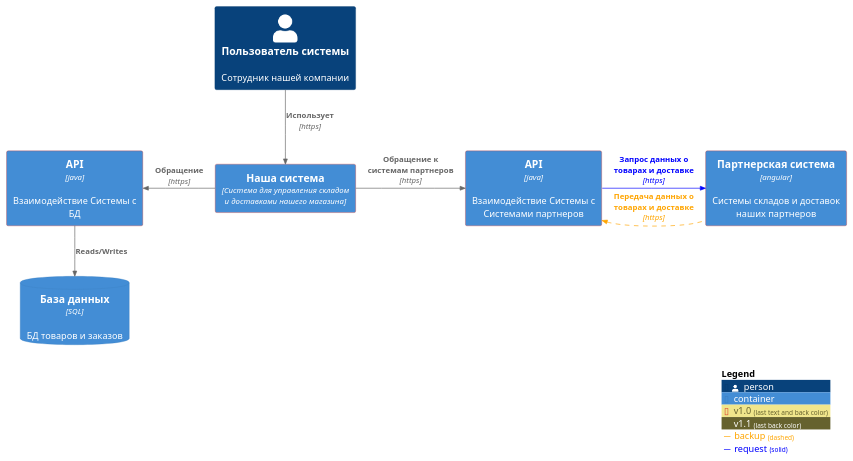
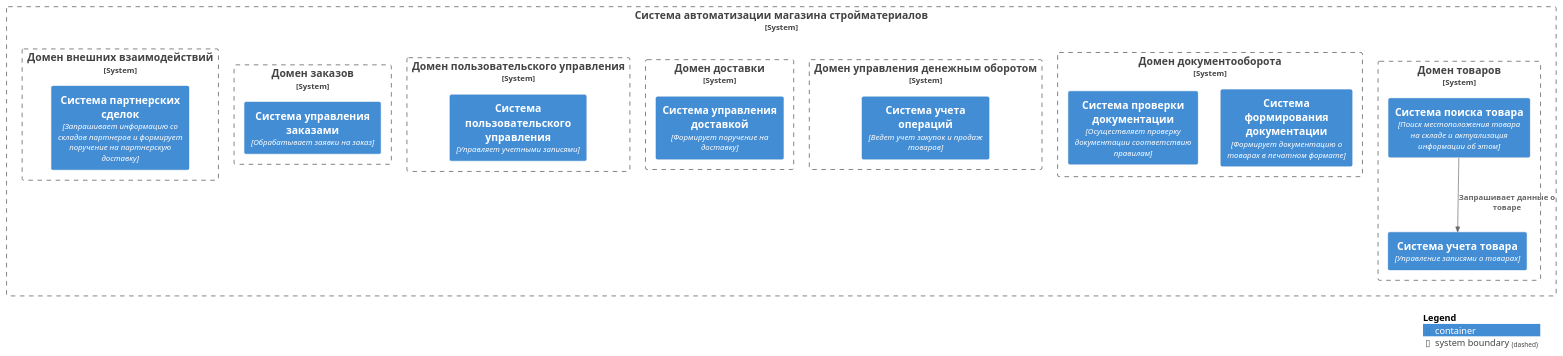
One commit to DitSoGD/Golturenko_analytics_practice changed the diagram in context.puml. Above: the diagram before and after it, drawn with PlantUML.

Commit message:
Изменена контекстная диаграмма

```diff
--- a/context.puml
+++ b/context.puml
@@ -1,27 +1,50 @@
 @startuml
 !include https://raw.githubusercontent.com/plantuml-stdlib/C4-PlantUML/master/C4_Container.puml
 
 AddElementTag("v1.0", $borderColor="#d73027")
 AddElementTag("v1.1", $fontColor="#ffffff")
 AddElementTag("backup", $fontColor="orange")
 
 AddRelTag("backup", $textColor="orange", $lineColor="orange", $lineStyle = DashedLine())
 AddRelTag("request", $textColor="blue", $lineColor="blue", $lineStyle = SolidLine())
 
 
-Person(user, "Пользователь системы", "Сотрудник нашей компании")
-Container(OurSystem, "Наша система", "Система для управления складом и доставками нашего магазина", $tags="v1.0")
-Container(apiOt, "API", "java", "Взаимодействие Системы с Системами партнеров", $tags="v1.0+v1.1")
-Container(PartnerSystem, "Партнерская система", "angular", "Системы складов и доставок наших партнеров", $tags="v1.0")
-Container(api, "API", "java", "Взаимодействие Системы с БД", $tags="v1.0+v1.1")
-ContainerDb(db, "База данных", "SQL", "БД товаров и заказов")
+System_Boundary("OuterSystem", "Система автоматизации магазина стройматериалов") {
 
-Rel(user, OurSystem, "Использует", "https")
-Rel_L(OurSystem, api, "Обращение", "https")
-Rel(api, db, "Reads/Writes")
-Rel_R(OurSystem, apiOt, "Обращение к системам партнеров", "https")
-Rel_R(apiOt, PartnerSystem, "Запрос данных о товарах и доставке", "https", $tags="request")
-Rel_L(PartnerSystem, apiOt, "Передача данных о товарах и доставке", "https", $tags="backup")
+
+    System_Boundary("Products", "Домен товаров") {
+        Container(catalog, "Система учета товара", "Управление записями о товарах")
+        Container(productSearch, "Система поиска товара", "Поиск местоположения товара на складе и актуализация информации об этом")
+        Rel(productSearch, catalog, "Запрашивает данные о товаре")
+    }
+
+    System_Boundary("Documents", "Домен документооборота") {
+        Container(docgenerating, "Система формирования документации", "Формирует документацию о товарах в печатном формате")
+        Container(docvalidation, "Система проверки документации", "Осуществляет проверку документации соответствию правилам")
+    }
+
+    System_Boundary("Finances", "Домен управления денежным оборотом") {
+        Container(accounting, "Система учета операций", "Ведет учет закупок и продаж товаров")
+    }
+
+    System_Boundary("Delivery", "Домен доставки") {
+        Container(deliverySys, "Система управления доставкой", "Формирует поручение на доставку")
+    }
+
+    System_Boundary("Users", "Домен пользовательского управления") {
+        Container(Admin, "Система пользовательского управления", "Управляет учетными записями")
+    }
+
+    System_Boundary("Orders", "Домен заказов") {
+        Container(OrdersSys, "Система управления заказами", "Обрабатывает заявки на заказ")
+    }
+  
+
+    System_Boundary("Partners", "Домен внешних взаимодействий") {
+        Container(communication, "Система партнерских сделок", "Запрашивает информацию со складов партнеров и формирует поручение на партнерскую доставку")
+    }
+
+}
 
 SHOW_LEGEND()
 @enduml
```
